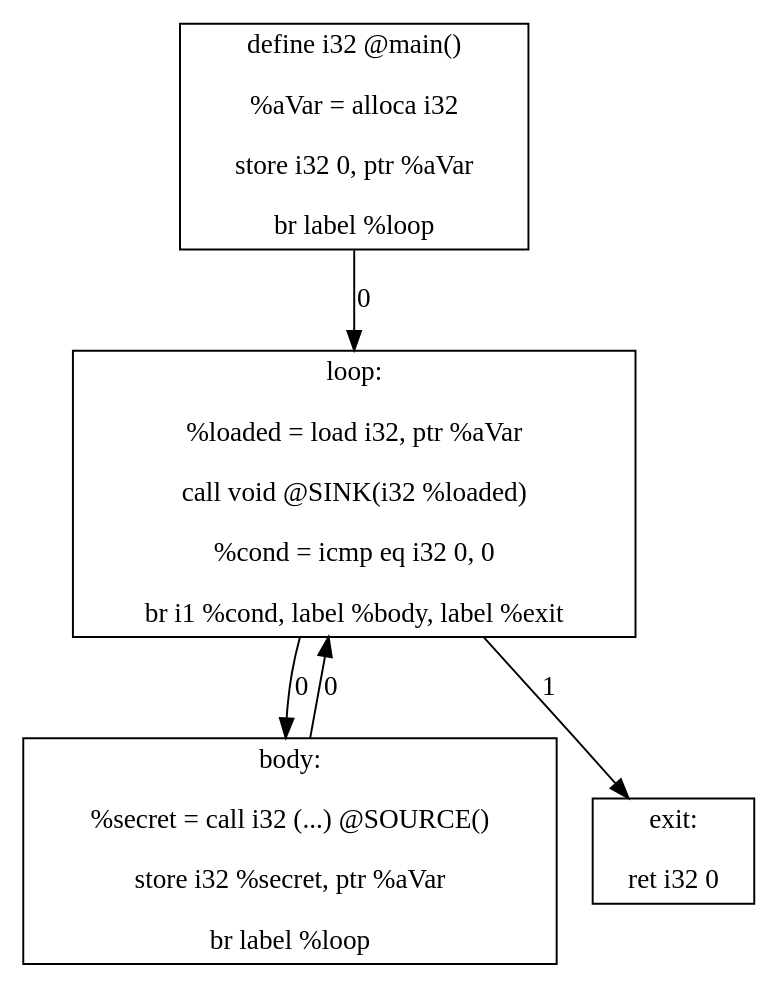
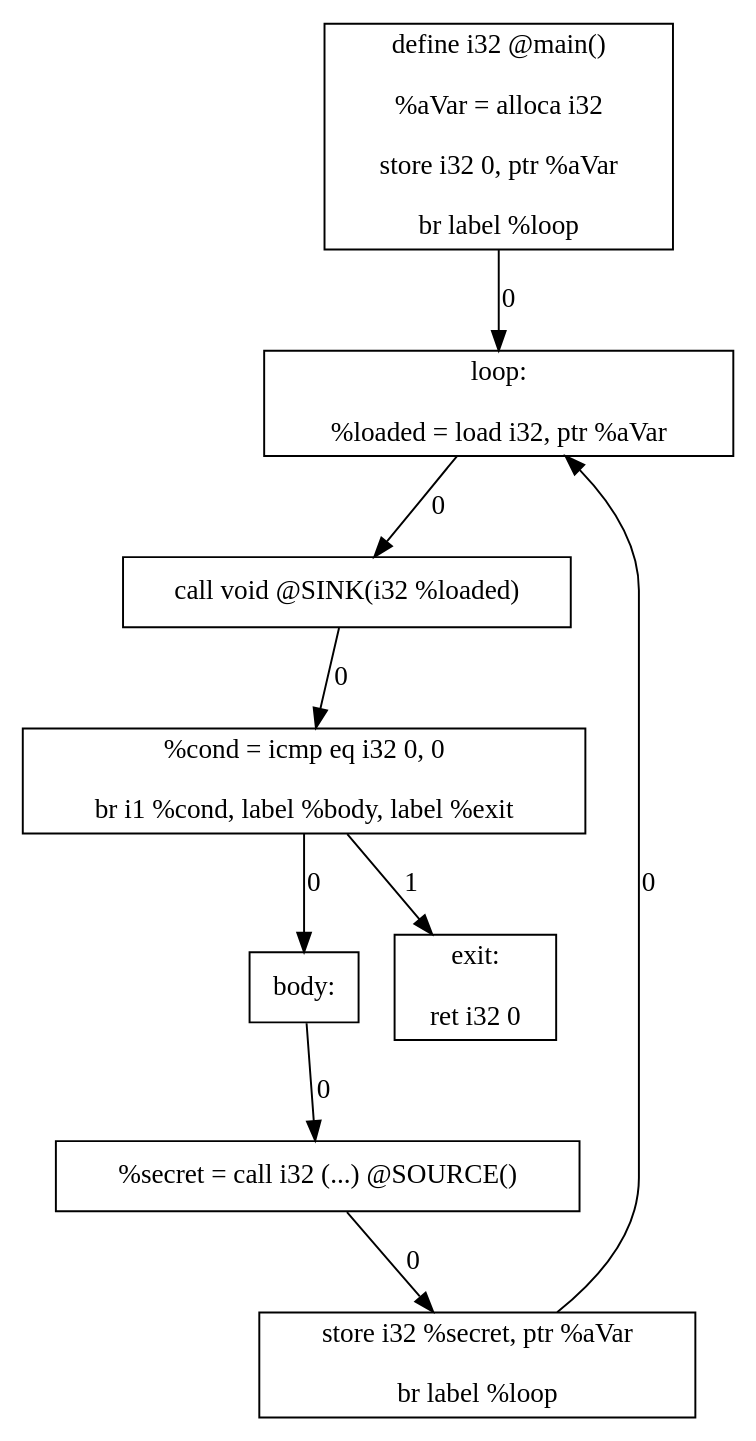
The diagram in main.dot (danielosw/eecs-677-project-2), drawn with Graphviz before and after one commit. The commit also changed 1 other file, not shown here.

```diff
--- a/main.dot
+++ b/main.dot
@@ -1,10 +1,18 @@
 digraph {
 		Node0 [shape=record,label="define i32 @main() \n\n  %aVar = alloca i32\n\n  store i32 0, ptr %aVar\n\n  br label %loop\n"]
-		Node1 [shape=record,label="loop:\n\n  %loaded = load i32, ptr %aVar\n\n  call void @SINK(i32 %loaded)\n\n  %cond = icmp eq i32 0, 0\n\n  br i1 %cond, label %body, label %exit\n"]
-		Node2 [shape=record,label="body:\n\n  %secret = call i32 (...) @SOURCE()\n\n  store i32 %secret, ptr %aVar\n\n  br label %loop\n"]
-		Node3 [shape=record,label="exit:\n\n  ret i32 0\n"]
+		Node1 [shape=record,label="loop:\n\n  %loaded = load i32, ptr %aVar\n"]
+		Node2 [shape=record,label="  call void @SINK(i32 %loaded)\n"]
+		Node3 [shape=record,label="  %cond = icmp eq i32 0, 0\n\n  br i1 %cond, label %body, label %exit\n"]
+		Node4 [shape=record,label="body:\n"]
+		Node5 [shape=record,label="  %secret = call i32 (...) @SOURCE()\n"]
+		Node6 [shape=record,label="  store i32 %secret, ptr %aVar\n\n  br label %loop\n"]
+		Node7 [shape=record,label="exit:\n\n  ret i32 0\n"]
 		Node0 -> Node1 [label=0];
 		Node1 -> Node2 [label=0];
-		Node1 -> Node3 [label=1];
-		Node2 -> Node1 [label=0];
+		Node2 -> Node3 [label=0];
+		Node3 -> Node4 [label=0];
+		Node3 -> Node7 [label=1];
+		Node4 -> Node5 [label=0];
+		Node5 -> Node6 [label=0];
+		Node6 -> Node1 [label=0];
 }
```
